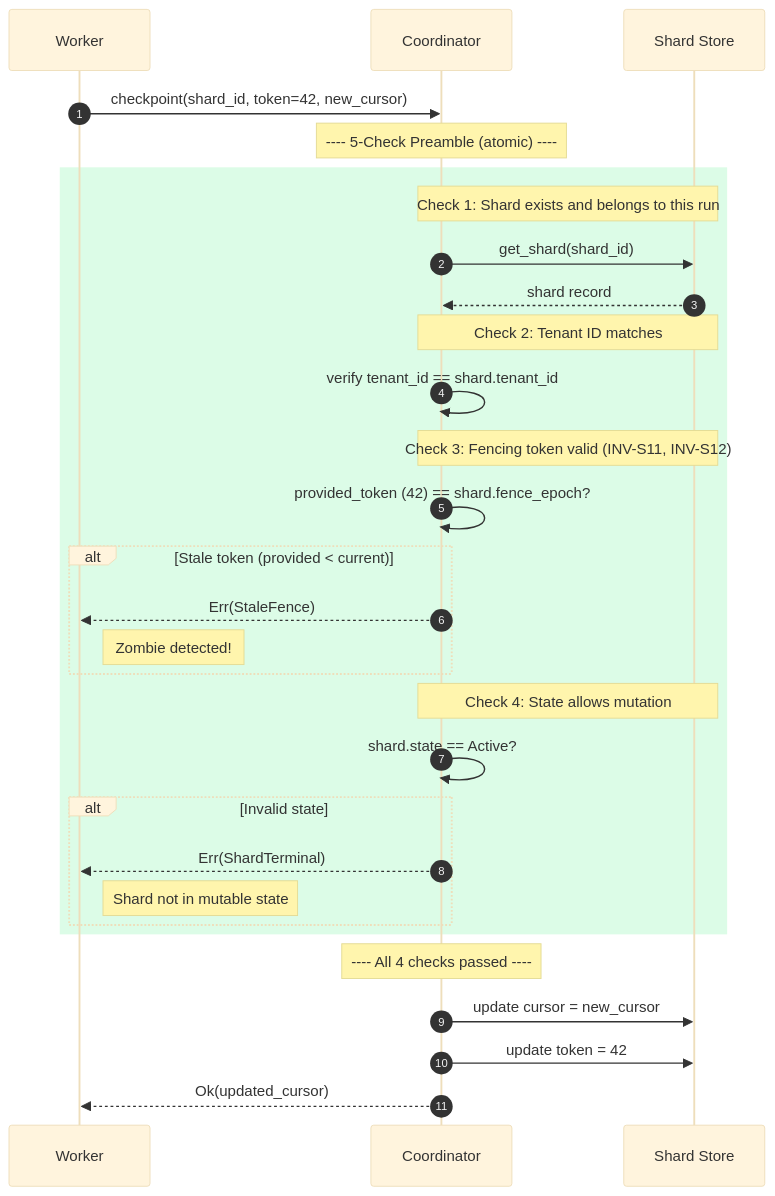
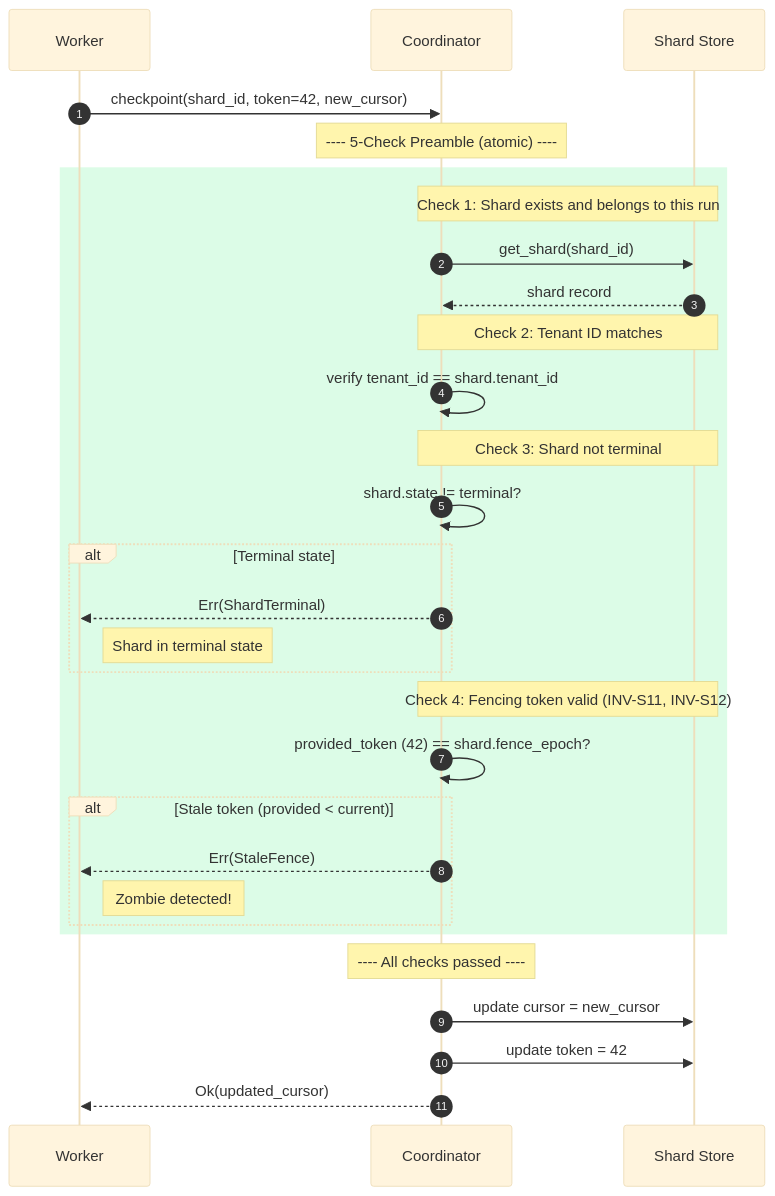
One commit to ahrav/Gossip-rs changed the first of 4 diagrams in diagrams/06-fencing-protocol.md. Above: the diagram before and after it, drawn with Mermaid (base theme). The commit also changed other lines of this file and 11 other files, not shown here.

````diff
--- a/diagrams/06-fencing-protocol.md
+++ b/diagrams/06-fencing-protocol.md
@@ -38,43 +42,43 @@
 ```mermaid
 %% Diagram: 5-check-validation-flow
 sequenceDiagram
     autonumber
     participant W as Worker
     participant C as Coordinator
     participant S as Shard Store
 
     W->>C: checkpoint(shard_id, token=42, new_cursor)
 
     Note over C: ---- 5-Check Preamble (atomic) ----
 
     rect rgb(220, 252, 231)
         Note over C,S: Check 1: Shard exists and belongs to this run
         C->>S: get_shard(shard_id)
         S-->>C: shard record
 
         Note over C,S: Check 2: Tenant ID matches
         C->>C: verify tenant_id == shard.tenant_id
 
-        Note over C,S: Check 3: Fencing token valid (INV-S11, INV-S12)
+        Note over C,S: Check 3: Shard not terminal
+        C->>C: shard.state != terminal?
+
+        alt Terminal state
+            C-->>W: Err(ShardTerminal)
+            Note right of W: Shard in terminal state
+        end
+
+        Note over C,S: Check 4: Fencing token valid (INV-S11, INV-S12)
         C->>C: provided_token (42) == shard.fence_epoch?
 
         alt Stale token (provided < current)
             C-->>W: Err(StaleFence)
             Note right of W: Zombie detected!
         end
-
-        Note over C,S: Check 4: State allows mutation
-        C->>C: shard.state == Active?
-
-        alt Invalid state
-            C-->>W: Err(ShardTerminal)
-            Note right of W: Shard not in mutable state
-        end
     end
 
-    Note over C: ---- All 4 checks passed ----
+    Note over C: ---- All checks passed ----
 
     C->>S: update cursor = new_cursor
     C->>S: update token = 42
     C-->>W: Ok(updated_cursor)
 ```
````
